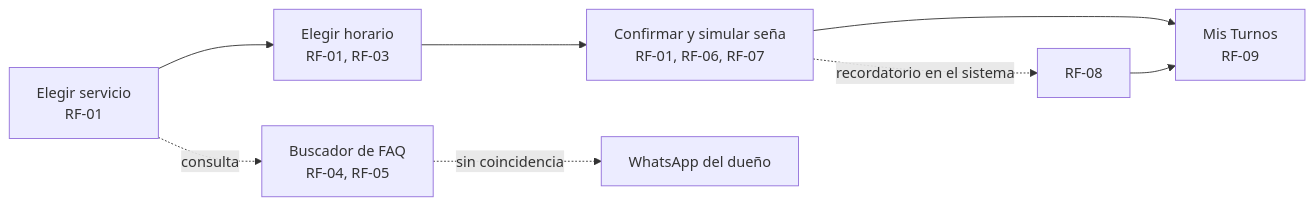
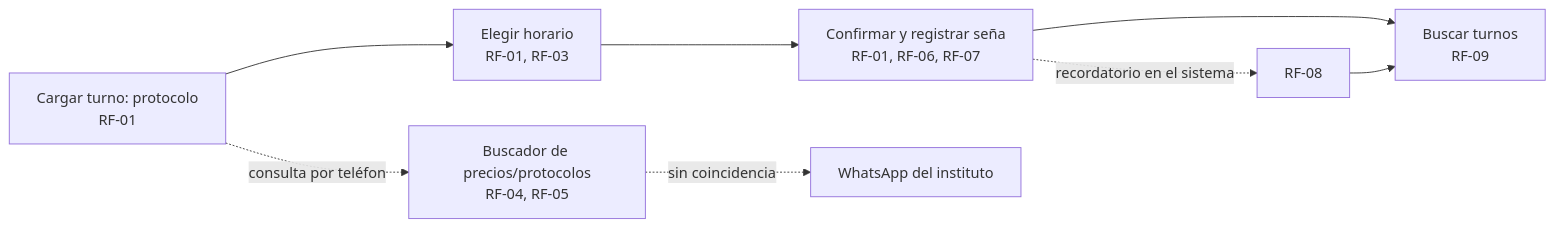
One commit to sant1jmnz/Proyect-Berea-Clovis-Sanchez changed the diagram in docs/05-maquetado.md. Above: the diagram before and after it, drawn with Mermaid. The commit also changed other lines of this file and 9 other files, not shown here.

````diff
--- a/docs/05-maquetado.md
+++ b/docs/05-maquetado.md
@@ -35,10 +38,10 @@
 ```mermaid
 flowchart LR
-    A[Elegir servicio<br/>RF-01] --> B[Elegir horario<br/>RF-01, RF-03]
-    B --> C[Confirmar y simular seña<br/>RF-01, RF-06, RF-07]
-    C --> D[Mis Turnos<br/>RF-09]
-    A -.consulta.-> E[Buscador de FAQ<br/>RF-04, RF-05]
-    E -.sin coincidencia.-> F[WhatsApp del dueño]
+    A[Cargar turno: protocolo<br/>RF-01] --> B[Elegir horario<br/>RF-01, RF-03]
+    B --> C[Confirmar y registrar seña<br/>RF-01, RF-06, RF-07]
+    C --> D[Buscar turnos<br/>RF-09]
+    A -.consulta por teléfono.-> E[Buscador de precios/protocolos<br/>RF-04, RF-05]
+    E -.sin coincidencia.-> F[WhatsApp del instituto]
     C -.recordatorio en el sistema.-> G[RF-08]
     G --> D
 ```
````
